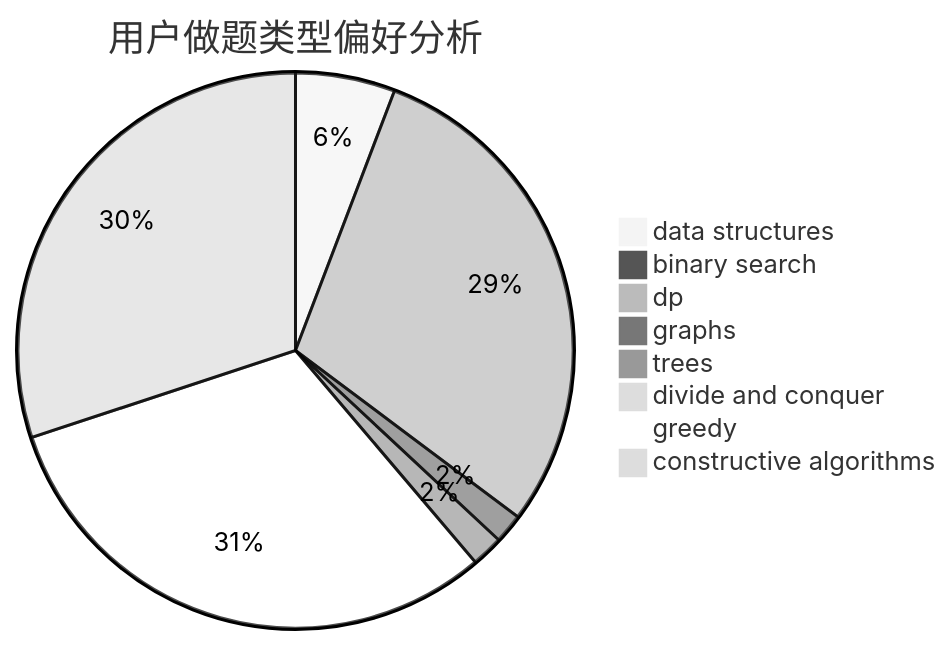
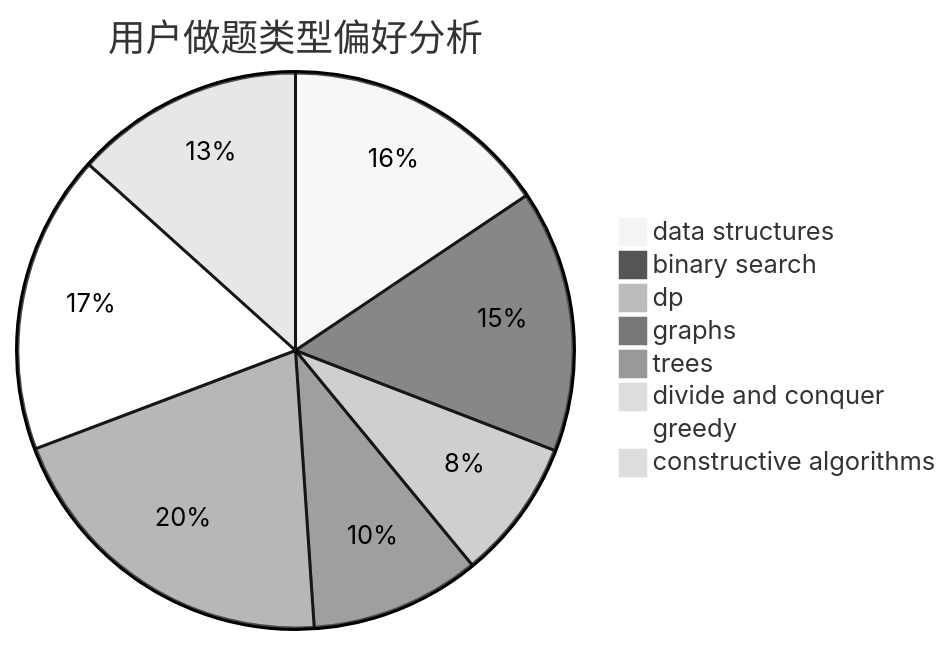
Before and after one commit to sherpahu/cfrs.github.io: the second of 3 diagrams in docs/user/u1425.md, drawn with Mermaid (neutral theme). The commit also changed other lines of this file and 2770 other files, not shown here.

````diff
--- a/docs/user/u1425.md
+++ b/docs/user/u1425.md
@@ -23,11 +23,11 @@
 ```mermaid
 pie title 用户做题类型偏好分析
-    "data structures" :  91
-    "binary search" :  7
-    "dp" :  462
-    "graphs" :  27
-    "trees" :  29
-    "divide and conquer" :  13
-    "greedy" :  489
-    "constructive algorithms" :  472
+    "data structures" :  145
+    "binary search" :  142
+    "dp" :  76
+    "graphs" :  92
+    "trees" :  189
+    "divide and conquer" :  0
+    "greedy" :  162
+    "constructive algorithms" :  124
 ```
````
